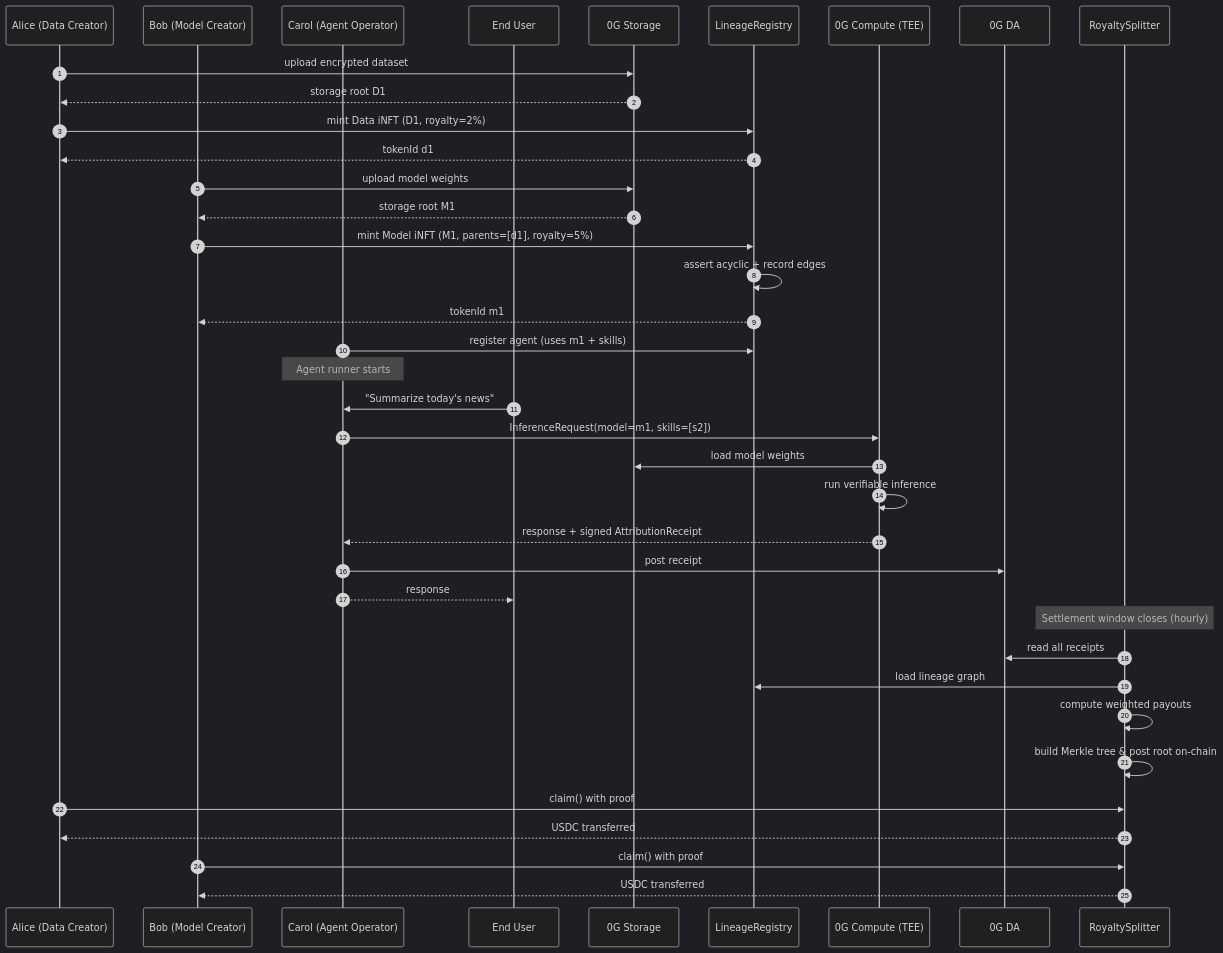
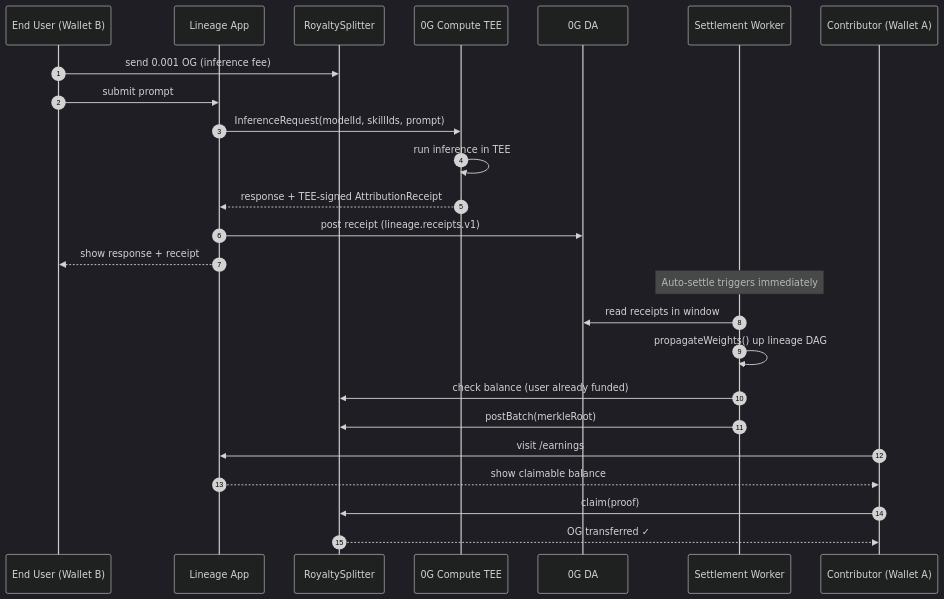
Before and after one commit to jatinsahijwani/lineage: the second of 3 diagrams in README.md, drawn with Mermaid (dark theme). The commit also changed other lines of this file, not shown here.

````diff
--- a/README.md
+++ b/README.md
@@ -210,46 +92,30 @@
 ```mermaid
 sequenceDiagram
     autonumber
-    participant Alice as Alice (Data Creator)
-    participant Bob as Bob (Model Creator)
-    participant Carol as Carol (Agent Operator)
-    participant User as End User
-    participant Storage as 0G Storage
-    participant Registry as LineageRegistry
-    participant Compute as 0G Compute (TEE)
+    participant User as End User (Wallet B)
+    participant App as Lineage App
+    participant Splitter as RoyaltySplitter
+    participant Compute as 0G Compute TEE
     participant DA as 0G DA
-    participant Splitter as RoyaltySplitter
+    participant Settler as Settlement Worker
+    participant Creator as Contributor (Wallet A)
 
-    Alice->>Storage: upload encrypted dataset
-    Storage-->>Alice: storage root D1
-    Alice->>Registry: mint Data iNFT (D1, royalty=2%)
-    Registry-->>Alice: tokenId d1
+    User->>Splitter: send 0.001 OG (inference fee)
+    User->>App: submit prompt
+    App->>Compute: InferenceRequest(modelId, skillIds, prompt)
+    Compute->>Compute: run inference in TEE
+    Compute-->>App: response + TEE-signed AttributionReceipt
+    App->>DA: post receipt (lineage.receipts.v1)
+    App-->>User: show response + receipt
 
-    Bob->>Storage: upload model weights
-    Storage-->>Bob: storage root M1
-    Bob->>Registry: mint Model iNFT (M1, parents=[d1], royalty=5%)
-    Registry->>Registry: assert acyclic + record edges
-    Registry-->>Bob: tokenId m1
+    Note over Settler: Auto-settle triggers immediately
+    Settler->>DA: read receipts in window
+    Settler->>Settler: propagateWeights() up lineage DAG
+    Settler->>Splitter: check balance (user already funded)
+    Settler->>Splitter: postBatch(merkleRoot)
 
-    Carol->>Registry: register agent (uses m1 + skills)
-    Note over Carol: Agent runner starts
-
-    User->>Carol: "Summarize today's news"
-    Carol->>Compute: InferenceRequest(model=m1, skills=[s2])
-    Compute->>Storage: load model weights
-    Compute->>Compute: run verifiable inference
-    Compute-->>Carol: response + signed AttributionReceipt
-    Carol->>DA: post receipt
-    Carol-->>User: response
-
-    Note over Splitter: Settlement window closes (hourly)
-    Splitter->>DA: read all receipts
-    Splitter->>Registry: load lineage graph
-    Splitter->>Splitter: compute weighted payouts
-    Splitter->>Splitter: build Merkle tree & post root on-chain
-
-    Alice->>Splitter: claim() with proof
-    Splitter-->>Alice: USDC transferred
-    Bob->>Splitter: claim() with proof
-    Splitter-->>Bob: USDC transferred
+    Creator->>App: visit /earnings
+    App-->>Creator: show claimable balance
+    Creator->>Splitter: claim(proof)
+    Splitter-->>Creator: OG transferred ✓
 ```
````
